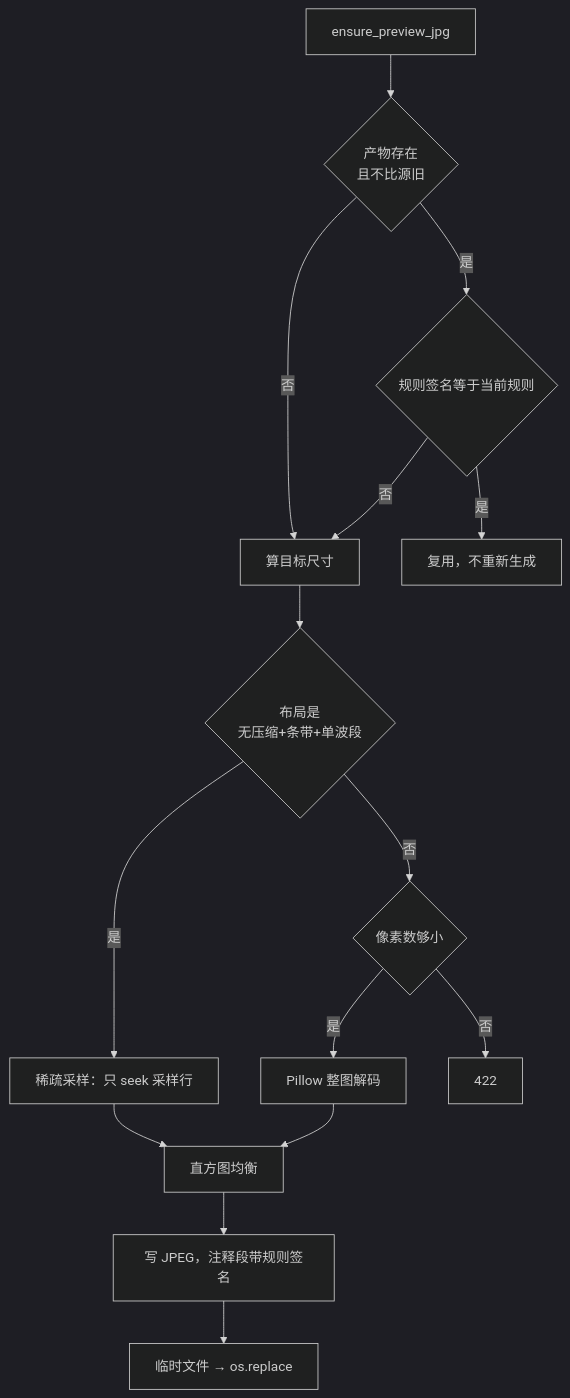
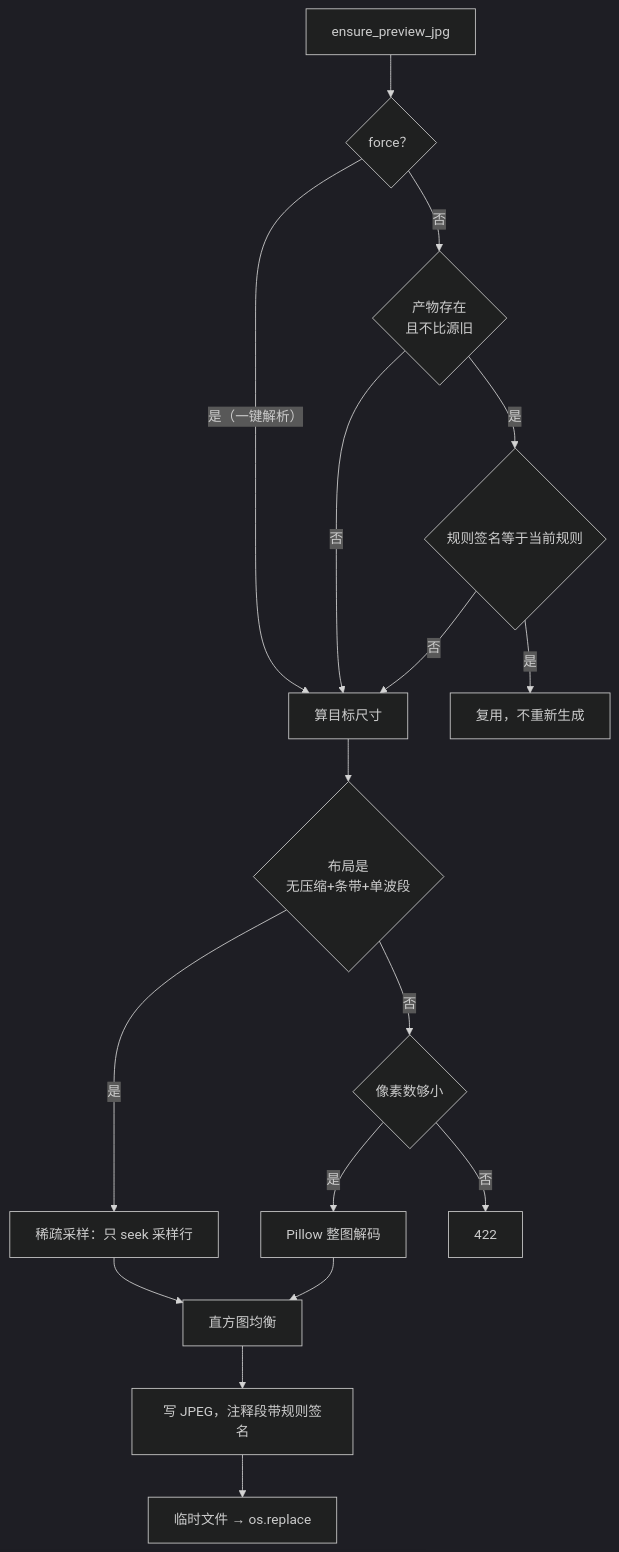
One commit to Jason001028/sr_agent_platform changed the third of 5 diagrams in docs/knowledge/io-pipeline/scene-io.md. Above: the diagram before and after it, drawn with Mermaid (dark theme). The commit also changed other lines of this file and 22 other files, not shown here.

Commit message:
每次导入txt重新加载二图

````diff
--- a/docs/knowledge/io-pipeline/scene-io.md
+++ b/docs/knowledge/io-pipeline/scene-io.md
@@ -89,17 +89,19 @@
 ```mermaid
 flowchart TD
-  S["ensure_preview_jpg"] --> M{"产物存在<br/>且不比源旧"}
-  M -->|"否"| EDGE["算目标尺寸"]
+  S["ensure_preview_jpg"] --> F{"force？"}
+  F -->|"是（一键解析）"| EDGE["算目标尺寸"]
+  F -->|"否"| M{"产物存在<br/>且不比源旧"}
+  M -->|"否"| EDGE
   M -->|"是"| STAMP{"规则签名等于当前规则"}
   STAMP -->|"是"| HIT["复用，不重新生成"]
   STAMP -->|"否"| EDGE
   EDGE --> LAY{"布局是<br/>无压缩+条带+单波段"}
   LAY -->|"是"| SP["稀疏采样：只 seek 采样行"]
   LAY -->|"否"| SMALL{"像素数够小"}
   SMALL -->|"是"| PIL["Pillow 整图解码"]
   SMALL -->|"否"| E422["422"]
   SP --> EQ["直方图均衡"]
   PIL --> EQ
   EQ --> ENC["写 JPEG，注释段带规则签名"]
   ENC --> ATOMIC["临时文件 → os.replace"]
 ```
````
